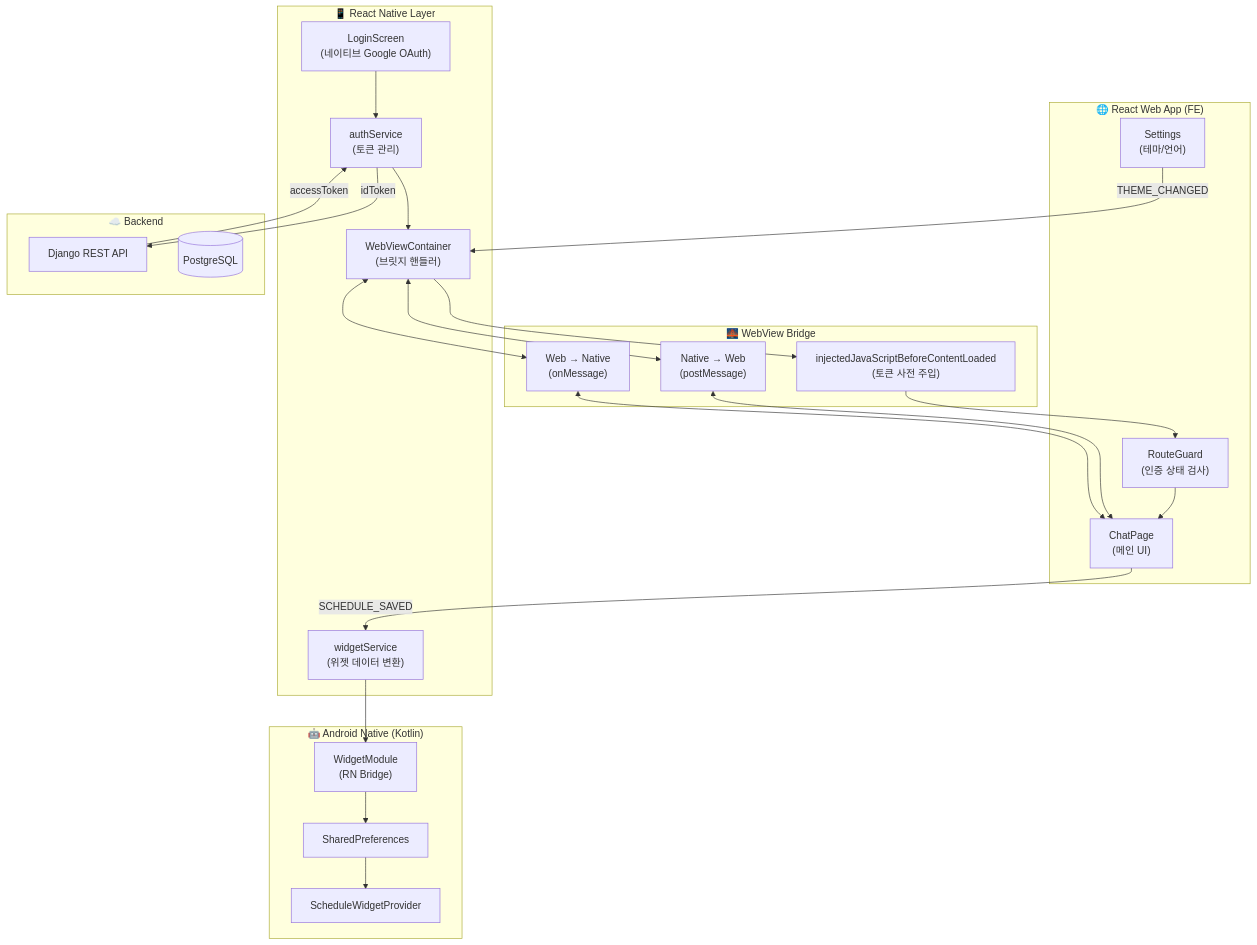
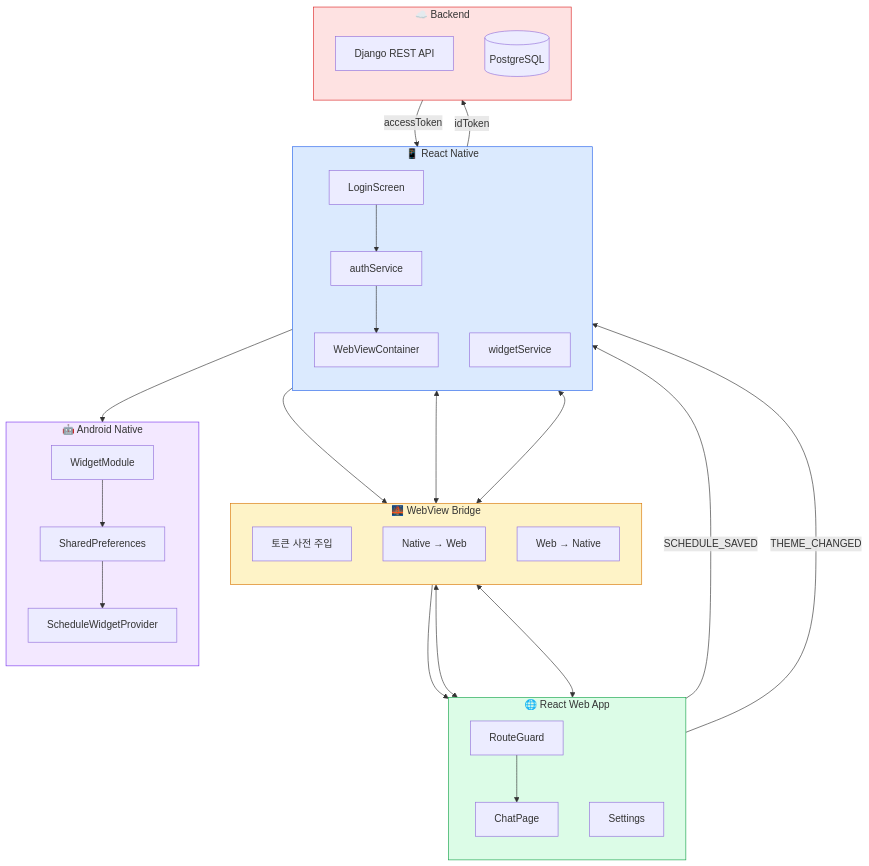
The first of 4 diagrams in blog/ARCHITECTURE_DIAGRAMS.md (sleepyMS/KangNaengBot-App), drawn with Mermaid before and after one commit. The commit also changed 3 other files, not shown here.

````diff
--- a/blog/ARCHITECTURE_DIAGRAMS.md
+++ b/blog/ARCHITECTURE_DIAGRAMS.md
@@ -5,53 +5,64 @@
 ```mermaid
 flowchart TB
-    subgraph Native["📱 React Native Layer"]
-        Login["LoginScreen\n(네이티브 Google OAuth)"]
-        Auth["authService\n(토큰 관리)"]
-        WebView["WebViewContainer\n(브릿지 핸들러)"]
-        Widget["widgetService\n(위젯 데이터 변환)"]
+    subgraph Native["📱 React Native"]
+        direction TB
+        Login["LoginScreen"]
+        Auth["authService"]
+        WebView["WebViewContainer"]
+        Widget["widgetService"]
     end
 
     subgraph Bridge["🌉 WebView Bridge"]
-        Inject["injectedJavaScriptBeforeContentLoaded\n(토큰 사전 주입)"]
-        Native2Web["Native → Web\n(postMessage)"]
-        Web2Native["Web → Native\n(onMessage)"]
+        direction TB
+        Inject["토큰 사전 주입"]
+        Native2Web["Native → Web"]
+        Web2Native["Web → Native"]
     end
 
-    subgraph WebApp["🌐 React Web App (FE)"]
-        RouteGuard["RouteGuard\n(인증 상태 검사)"]
-        ChatPage["ChatPage\n(메인 UI)"]
-        Settings["Settings\n(테마/언어)"]
+    subgraph WebApp["🌐 React Web App"]
+        direction TB
+        RouteGuard["RouteGuard"]
+        ChatPage["ChatPage"]
+        Settings["Settings"]
     end
 
-    subgraph Android["🤖 Android Native (Kotlin)"]
+    subgraph Android["🤖 Android Native"]
+        direction TB
         WidgetProvider["ScheduleWidgetProvider"]
-        WidgetModule["WidgetModule\n(RN Bridge)"]
+        WidgetModule["WidgetModule"]
         SharedPrefs["SharedPreferences"]
     end
 
     subgraph Backend["☁️ Backend"]
+        direction TB
         API["Django REST API"]
         DB[(PostgreSQL)]
     end
 
     Login --> Auth
-    Auth -->|"idToken"| API
-    API -->|"accessToken"| Auth
+    Auth -->|idToken| API
+    API -->|accessToken| Auth
     Auth --> WebView
 
     WebView --> Inject
     Inject --> RouteGuard
     RouteGuard --> ChatPage
 
     WebView <--> Native2Web
     WebView <--> Web2Native
     Native2Web <--> ChatPage
     Web2Native <--> ChatPage
 
-    ChatPage -->|"SCHEDULE_SAVED"| Widget
+    ChatPage -->|SCHEDULE_SAVED| Widget
     Widget --> WidgetModule
     WidgetModule --> SharedPrefs
     SharedPrefs --> WidgetProvider
 
-    Settings -->|"THEME_CHANGED"| WebView
+    Settings -->|THEME_CHANGED| WebView
+
+    style Native fill:#dbeafe,stroke:#2563eb
+    style Bridge fill:#fef3c7,stroke:#d97706
+    style WebApp fill:#dcfce7,stroke:#16a34a
+    style Android fill:#f3e8ff,stroke:#7c3aed
+    style Backend fill:#fee2e2,stroke:#dc2626
 ```
````
